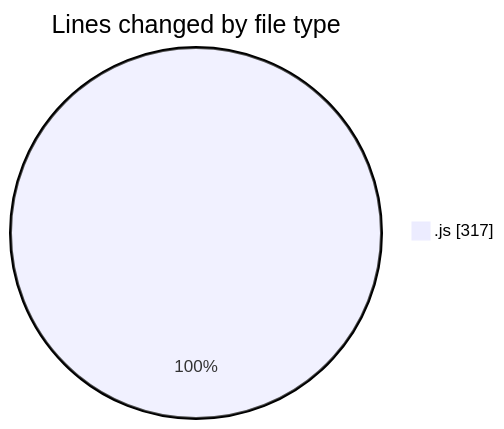
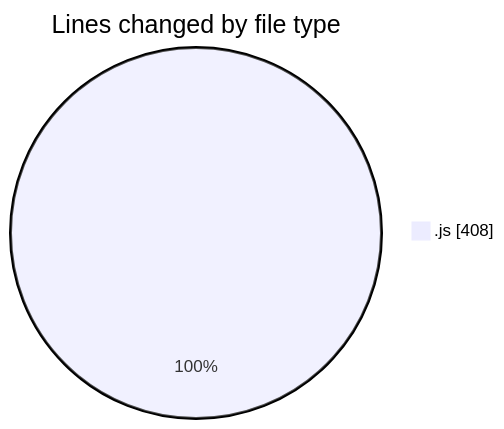
Before and after one commit to Ritupan-Deka/code-tracking: the first of 2 diagrams in 2025-07-22/javascript/README.md, drawn with Mermaid. The commit also changed other lines of this file and 1 other file, not shown here.

````diff
--- a/2025-07-22/javascript/README.md
+++ b/2025-07-22/javascript/README.md
@@ -21,5 +21,5 @@
 ```mermaid
 pie showData
 title Lines changed by file type
-".js" : 317
+".js" : 408
 ```
````
